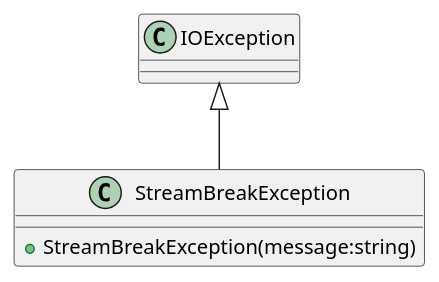
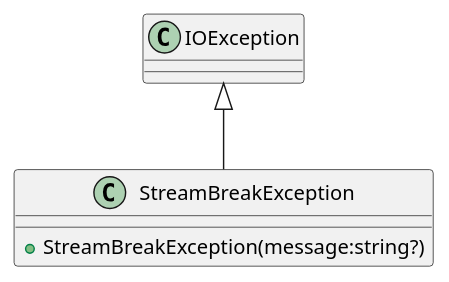
Before and after one commit to USNavalResearchLaboratory/norm: the diagram in src/dotnet/design/Mil/Navy/Nrl/Norm/IO/StreamBreakException.puml, drawn with PlantUML. The commit also changed 34 other files, not shown here.

```diff
--- a/src/dotnet/design/Mil/Navy/Nrl/Norm/IO/StreamBreakException.puml
+++ b/src/dotnet/design/Mil/Navy/Nrl/Norm/IO/StreamBreakException.puml
@@ -1,6 +1,6 @@
 @startuml
 class StreamBreakException {
-    + StreamBreakException(message:string)
+    + StreamBreakException(message:string?)
 }
 IOException <|-- StreamBreakException
 @enduml
```
